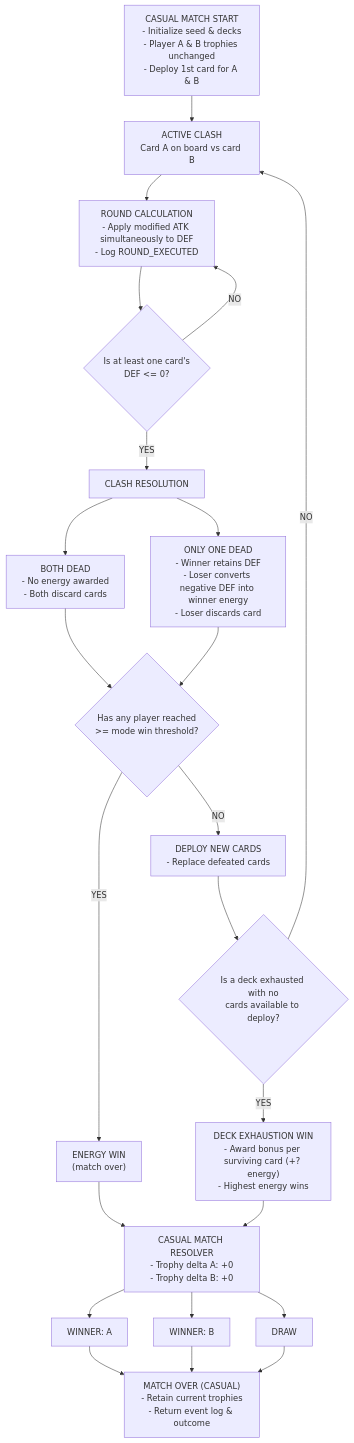
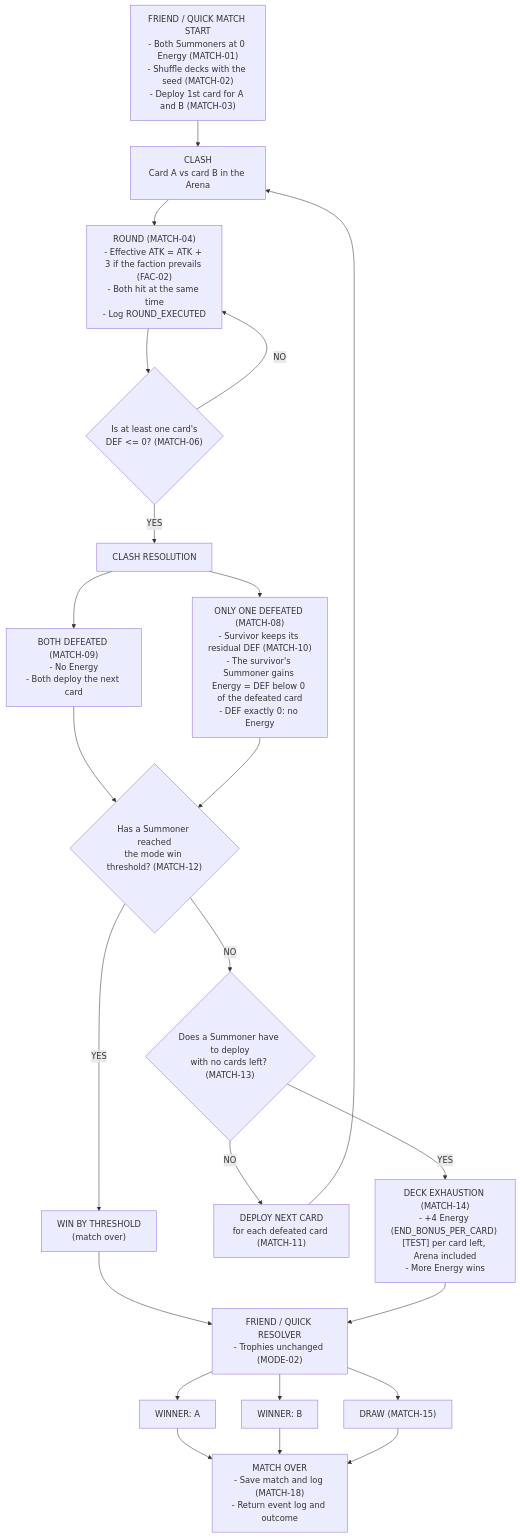
The third of 4 diagrams in docs/game-engine-schema.md (horizon-glitch-studio/gruppo-08-will-of-the-void-backend), drawn with Mermaid before and after one commit. The commit also changed other lines of this file, not shown here.

First line of the commit message:
docs: update game engine schema to updated rules

````diff
--- a/docs/game-engine-schema.md
+++ b/docs/game-engine-schema.md
@@ -39,40 +40,40 @@
 ```mermaid
 flowchart TD
-    Start["CASUAL MATCH START<br/>- Initialize seed & decks<br/>- Player A & B trophies unchanged<br/>- Deploy 1st card for A & B"]
-    Clash["ACTIVE CLASH<br/>Card A on board vs card B"]
-    Round["ROUND CALCULATION<br/>- Apply modified ATK simultaneously to DEF<br/>- Log ROUND_EXECUTED"]
-    Dead{"Is at least one card's<br/>DEF <= 0?"}
+    Start["FRIEND / QUICK MATCH START<br/>- Both Summoners at 0 Energy (MATCH-01)<br/>- Shuffle decks with the seed (MATCH-02)<br/>- Deploy 1st card for A and B (MATCH-03)"]
+    Clash["CLASH<br/>Card A vs card B in the Arena"]
+    Round["ROUND (MATCH-04)<br/>- Effective ATK = ATK + 3 if the faction prevails (FAC-02)<br/>- Both hit at the same time<br/>- Log ROUND_EXECUTED"]
+    Dead{"Is at least one card's<br/>DEF <= 0? (MATCH-06)"}
     Resolution["CLASH RESOLUTION"]
-    Both["BOTH DEAD<br/>- No energy awarded<br/>- Both discard cards"]
-    One["ONLY ONE DEAD<br/>- Winner retains DEF<br/>- Loser converts negative DEF into winner energy<br/>- Loser discards card"]
-    Threshold{"Has any player reached<br/>>= mode win threshold?"}
-    EnergyWin["ENERGY WIN<br/>(match over)"]
-    Deploy["DEPLOY NEW CARDS<br/>- Replace defeated cards"]
-    Exhausted{"Is a deck exhausted with no<br/>cards available to deploy?"}
-    DeckWin["DECK EXHAUSTION WIN<br/>- Award bonus per surviving card (+? energy)<br/>- Highest energy wins"]
-    Resolver["CASUAL MATCH RESOLVER<br/>- Trophy delta A: +0<br/>- Trophy delta B: +0"]
+    Both["BOTH DEFEATED (MATCH-09)<br/>- No Energy<br/>- Both deploy the next card"]
+    One["ONLY ONE DEFEATED (MATCH-08)<br/>- Survivor keeps its residual DEF (MATCH-10)<br/>- The survivor's Summoner gains Energy = DEF below 0 of the defeated card<br/>- DEF exactly 0: no Energy"]
+    Threshold{"Has a Summoner reached<br/>the mode win threshold? (MATCH-12)"}
+    EnergyWin["WIN BY THRESHOLD<br/>(match over)"]
+    Exhausted{"Does a Summoner have to deploy<br/>with no cards left? (MATCH-13)"}
+    Deploy["DEPLOY NEXT CARD<br/>for each defeated card (MATCH-11)"]
+    DeckEnd["DECK EXHAUSTION (MATCH-14)<br/>- +4 Energy (END_BONUS_PER_CARD) [TEST] per card left, Arena included<br/>- More Energy wins"]
+    Resolver["FRIEND / QUICK RESOLVER<br/>- Trophies unchanged (MODE-02)"]
     WinA["WINNER: A"]
     WinB["WINNER: B"]
-    Draw["DRAW"]
-    Over["MATCH OVER (CASUAL)<br/>- Retain current trophies<br/>- Return event log & outcome"]
+    Draw["DRAW (MATCH-15)"]
+    Over["MATCH OVER<br/>- Save match and log (MATCH-18)<br/>- Return event log and outcome"]
 
     Start --> Clash --> Round --> Dead
     Dead -- NO --> Round
     Dead -- YES --> Resolution
     Resolution --> Both
     Resolution --> One
     Both --> Threshold
     One --> Threshold
     Threshold -- YES --> EnergyWin
-    Threshold -- NO --> Deploy --> Exhausted
-    Exhausted -- NO --> Clash
-    Exhausted -- YES --> DeckWin
+    Threshold -- NO --> Exhausted
+    Exhausted -- NO --> Deploy --> Clash
+    Exhausted -- YES --> DeckEnd
     EnergyWin --> Resolver
-    DeckWin --> Resolver
+    DeckEnd --> Resolver
     Resolver --> WinA
     Resolver --> WinB
     Resolver --> Draw
     WinA --> Over
     WinB --> Over
     Draw --> Over
 ```
````
